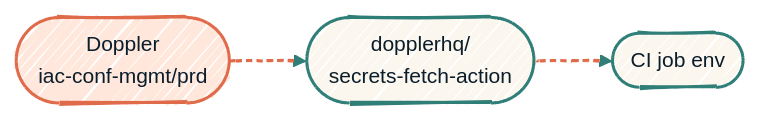
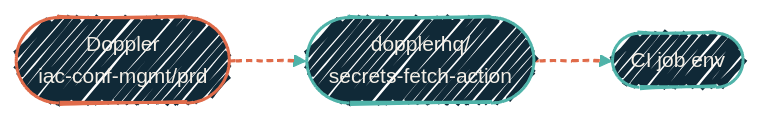
Before and after one commit to dryvist/docs: the second of 3 diagrams in security/how-it-fits-together.mdx, drawn with Mermaid. The commit also changed other lines of this file and 11 other files, not shown here.

````diff
--- a/security/how-it-fits-together.mdx
+++ b/security/how-it-fits-together.mdx
@@ -50,17 +50,17 @@
 ```mermaid
-%%{init: {'theme':'base','look':'handDrawn','themeVariables':{'fontFamily':'Geist','fontSize':'14px','primaryColor':'#FBF7EE','primaryTextColor':'#0B1D2A','primaryBorderColor':'#2F7E78','lineColor':'#2F7E78','secondaryColor':'#F4EFE6','tertiaryColor':'#FFE7DC','clusterBkg':'rgba(47,126,120,0.06)','clusterBorder':'#2F7E78'}}}%%
+%%{init: {'theme':'base','look':'handDrawn','themeVariables':{'fontFamily':'Geist','fontSize':'14px','primaryColor':'#102937','primaryTextColor':'#F4EFE6','primaryBorderColor':'#4FB3A9','lineColor':'#4FB3A9','secondaryColor':'#0B1D2A','tertiaryColor':'#1A2A38','clusterBkg':'rgba(79,179,169,0.08)','clusterBorder':'#4FB3A9'}}}%%
 flowchart LR
   Dop([Doppler<br/>iac-conf-mgmt/prd])
   Act([dopplerhq/<br/>secrets-fetch-action])
   Job([CI job env])
 
   Dop --> Act --> Job
 
-  classDef src fill:#FFE7DC,stroke:#E06B4A,stroke-width:2px,color:#0B1D2A;
-  classDef hop fill:#FBF7EE,stroke:#2F7E78,stroke-width:2px,color:#0B1D2A;
+  classDef src fill:#102937,stroke:#E06B4A,stroke-width:2px,color:#F4EFE6;
+  classDef hop fill:#102937,stroke:#4FB3A9,stroke-width:2px,color:#F4EFE6;
 
   class Dop src
   class Act,Job hop
 
   linkStyle 0,1 stroke:#E06B4A,stroke-width:2px,stroke-dasharray:4 3;
 ```
````
